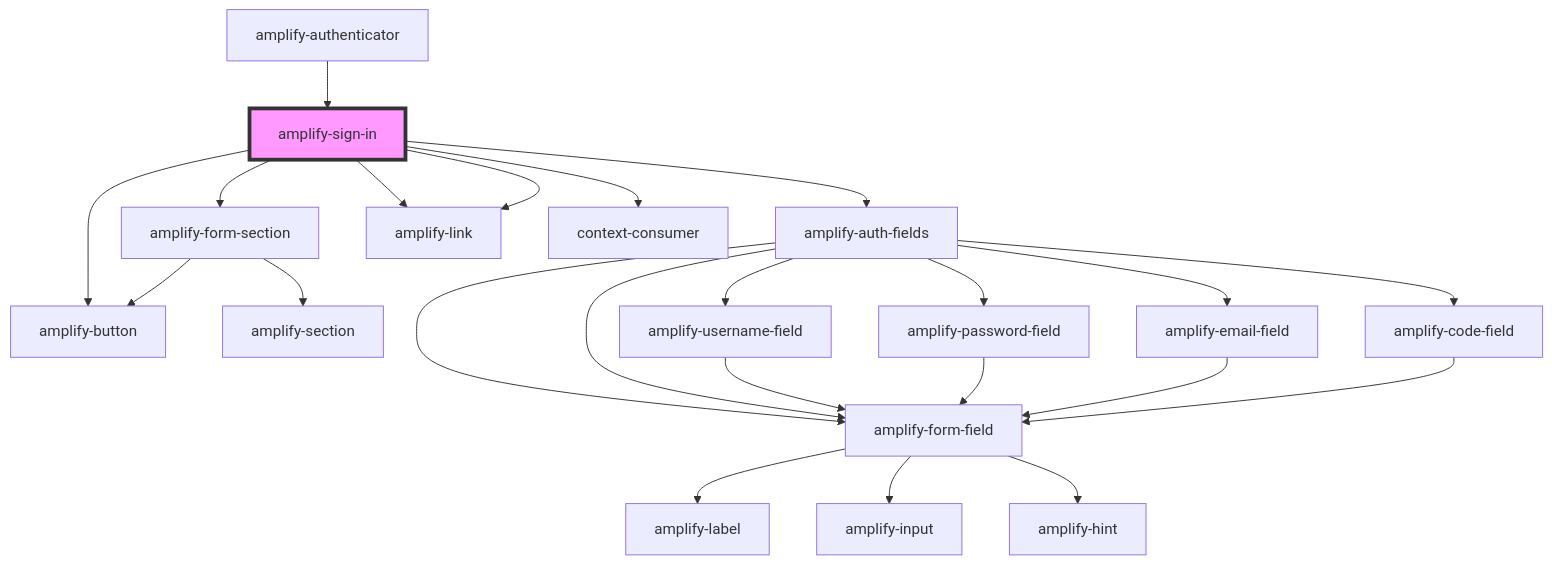
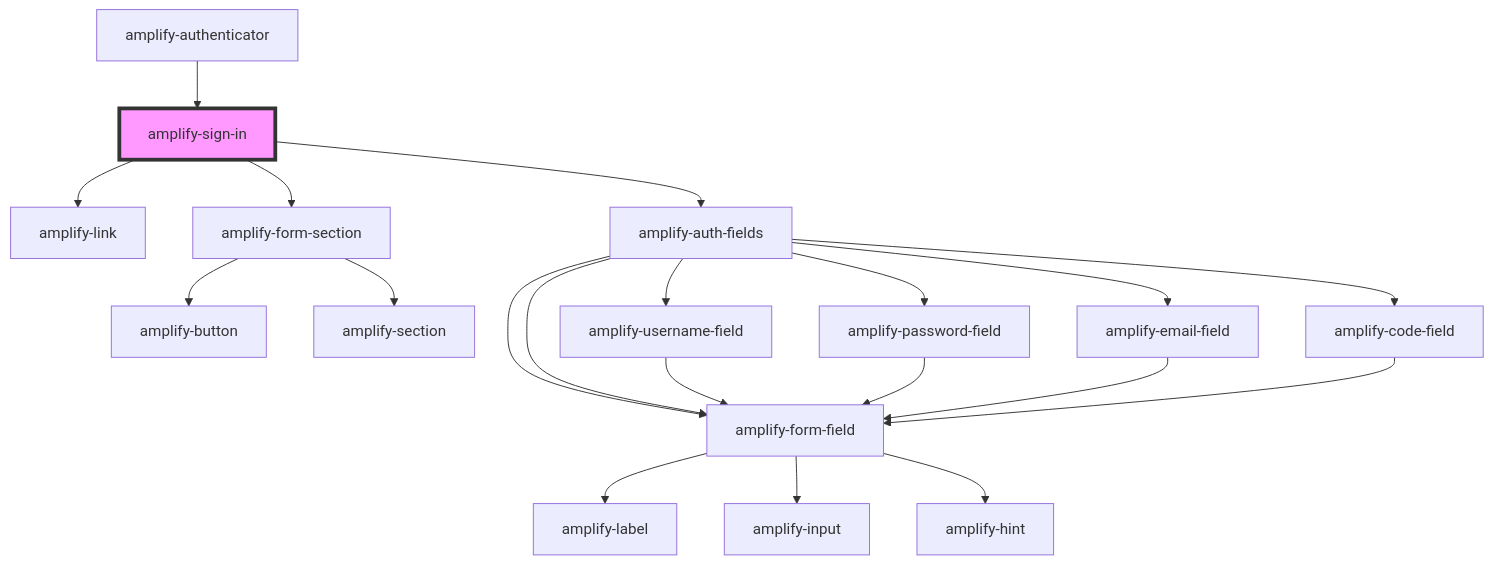
Before and after one commit to aws-amplify/amplify-js: the diagram in packages/amplify-ui-components/src/components/amplify-sign-in/readme.md, drawn with Mermaid. The commit also changed other lines of this file and 32 other files, not shown here.

````diff
--- a/packages/amplify-ui-components/src/components/amplify-sign-in/readme.md
+++ b/packages/amplify-ui-components/src/components/amplify-sign-in/readme.md
@@ -37,26 +34,23 @@
 ```mermaid
 graph TD;
+  amplify-sign-in --> amplify-link
   amplify-sign-in --> amplify-form-section
   amplify-sign-in --> amplify-auth-fields
-  amplify-sign-in --> amplify-link
-  amplify-sign-in --> context-consumer
-  amplify-sign-in --> amplify-link
-  amplify-sign-in --> amplify-button
+  amplify-form-section --> amplify-button
   amplify-form-section --> amplify-section
-  amplify-form-section --> amplify-button
   amplify-auth-fields --> amplify-username-field
   amplify-auth-fields --> amplify-password-field
   amplify-auth-fields --> amplify-email-field
   amplify-auth-fields --> amplify-code-field
   amplify-auth-fields --> amplify-form-field
   amplify-auth-fields --> amplify-form-field
   amplify-username-field --> amplify-form-field
   amplify-form-field --> amplify-label
   amplify-form-field --> amplify-input
   amplify-form-field --> amplify-hint
   amplify-password-field --> amplify-form-field
   amplify-email-field --> amplify-form-field
   amplify-code-field --> amplify-form-field
   amplify-authenticator --> amplify-sign-in
   style amplify-sign-in fill:#f9f,stroke:#333,stroke-width:4px
 ```
````
